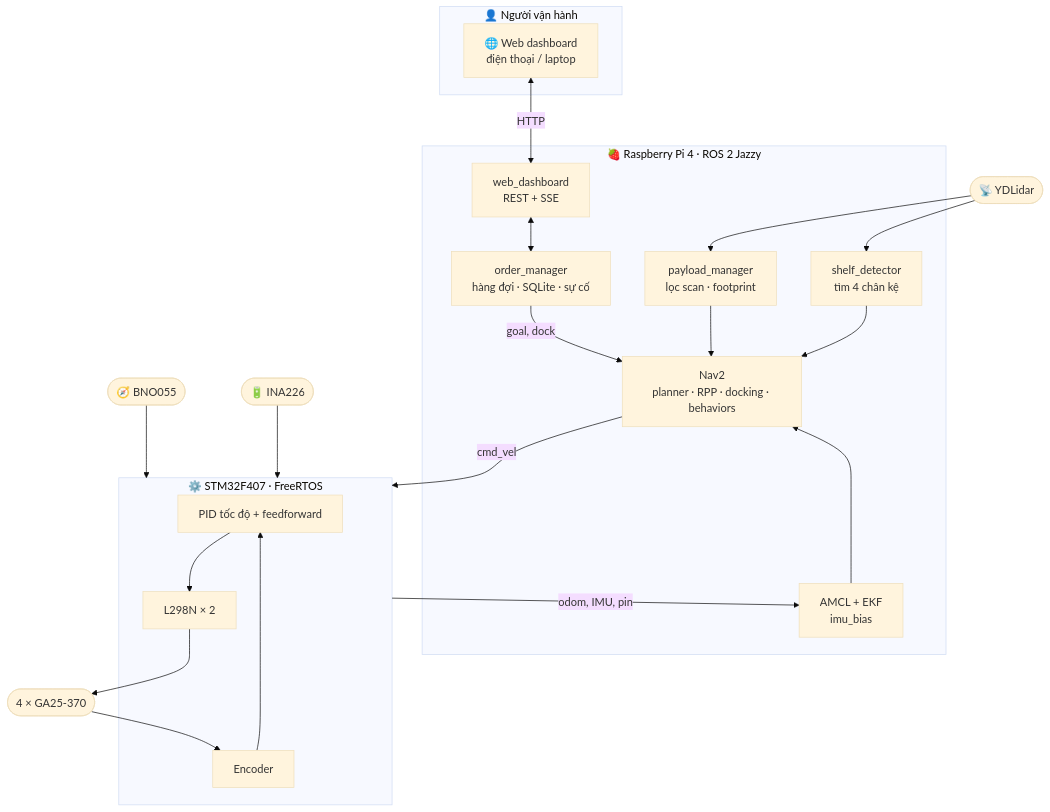
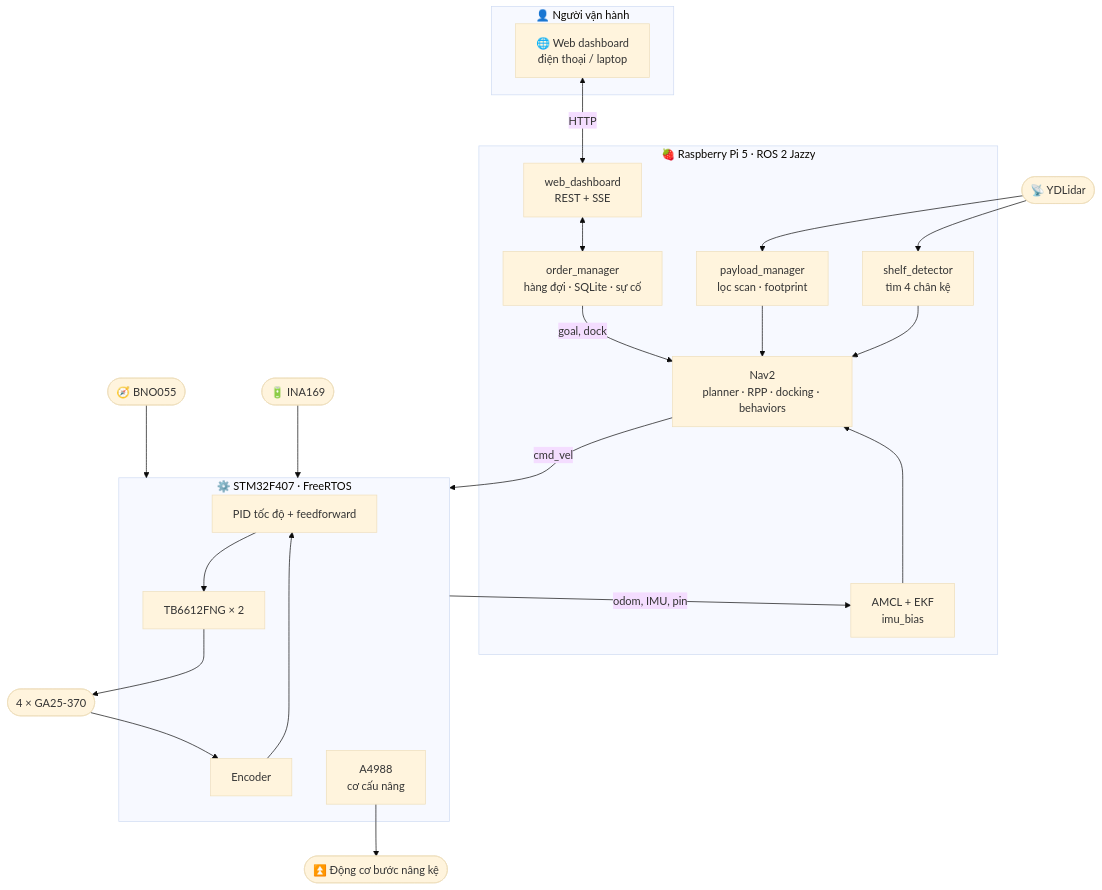
The second of 8 diagrams in README.md (VQ-Vinh/DA2-Robot-AGV), drawn with Mermaid (base theme) before and after one commit. The commit also changed other lines of this file, not shown here.

First line of the commit message:
docs(readme): update hardware, timeline and repo structure after CAD and PCB work

````diff
--- a/README.md
+++ b/README.md
@@ -50,39 +50,41 @@
 ```mermaid
 flowchart TB
     subgraph USER["👤 Người vận hành"]
         WEB["🌐 Web dashboard<br/>điện thoại / laptop"]
     end
 
-    subgraph PI["🍓 Raspberry Pi 4 · ROS 2 Jazzy"]
+    subgraph PI["🍓 Raspberry Pi 5 · ROS 2 Jazzy"]
         DASH["web_dashboard<br/>REST + SSE"]
         OM["order_manager<br/>hàng đợi · SQLite · sự cố"]
         NAV["Nav2<br/>planner · RPP · docking · behaviors"]
         LOC["AMCL + EKF<br/>imu_bias"]
         PM["payload_manager<br/>lọc scan · footprint"]
         SD["shelf_detector<br/>tìm 4 chân kệ"]
     end
 
     subgraph MCU["⚙️ STM32F407 · FreeRTOS"]
         SPD["PID tốc độ + feedforward"]
         ENC["Encoder"]
-        DRV["L298N × 2"]
+        DRV["TB6612FNG × 2"]
+        LIFTD["A4988<br/>cơ cấu nâng"]
     end
 
     LIDAR(["📡 YDLidar"])
     IMU(["🧭 BNO055"])
-    BAT(["🔋 INA226"])
+    BAT(["🔋 INA169"])
     MOT(["4 × GA25-370"])
 
     WEB <-->|HTTP| DASH
     DASH <--> OM
     OM -->|goal, dock| NAV
     NAV -->|cmd_vel| MCU
     LIDAR --> PM --> NAV
     LIDAR --> SD --> NAV
     LOC --> NAV
     MCU -->|odom, IMU, pin| LOC
     IMU --> MCU
     BAT --> MCU
     SPD --> DRV --> MOT
+    LIFTD --> LIFT(["⏫ Động cơ bước nâng kệ"])
     MOT --> ENC --> SPD
 ```
````
